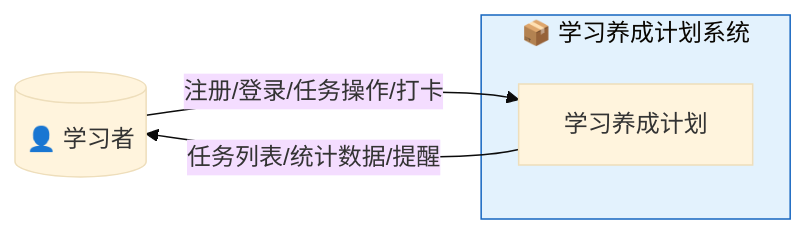
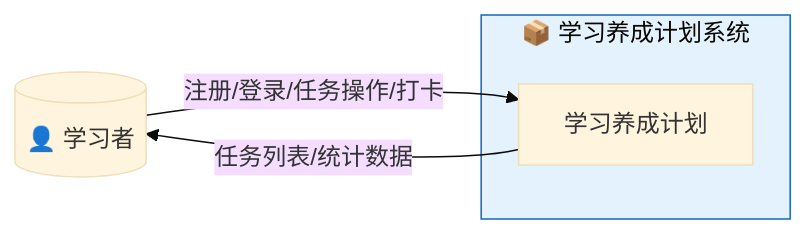
The third of 7 diagrams in 需求报告.md (TonyzzZ666/Study-Agent), drawn with Mermaid (base theme) before and after one commit. The commit also changed other lines of this file and 1 other file, not shown here.

````diff
--- a/需求报告.md
+++ b/需求报告.md
@@ -100,10 +93,10 @@
 ```mermaid
 flowchart LR
     User[("👤 学习者")]
     subgraph System["📦 学习养成计划系统"]
         Main["学习养成计划"]
     end
     User -->|"注册/登录/任务操作/打卡"| Main
-    Main -->|"任务列表/统计数据/提醒"| User
+    Main -->|"任务列表/统计数据"| User
     style System fill:#e3f2fd,stroke:#1565c0
 ```
````
